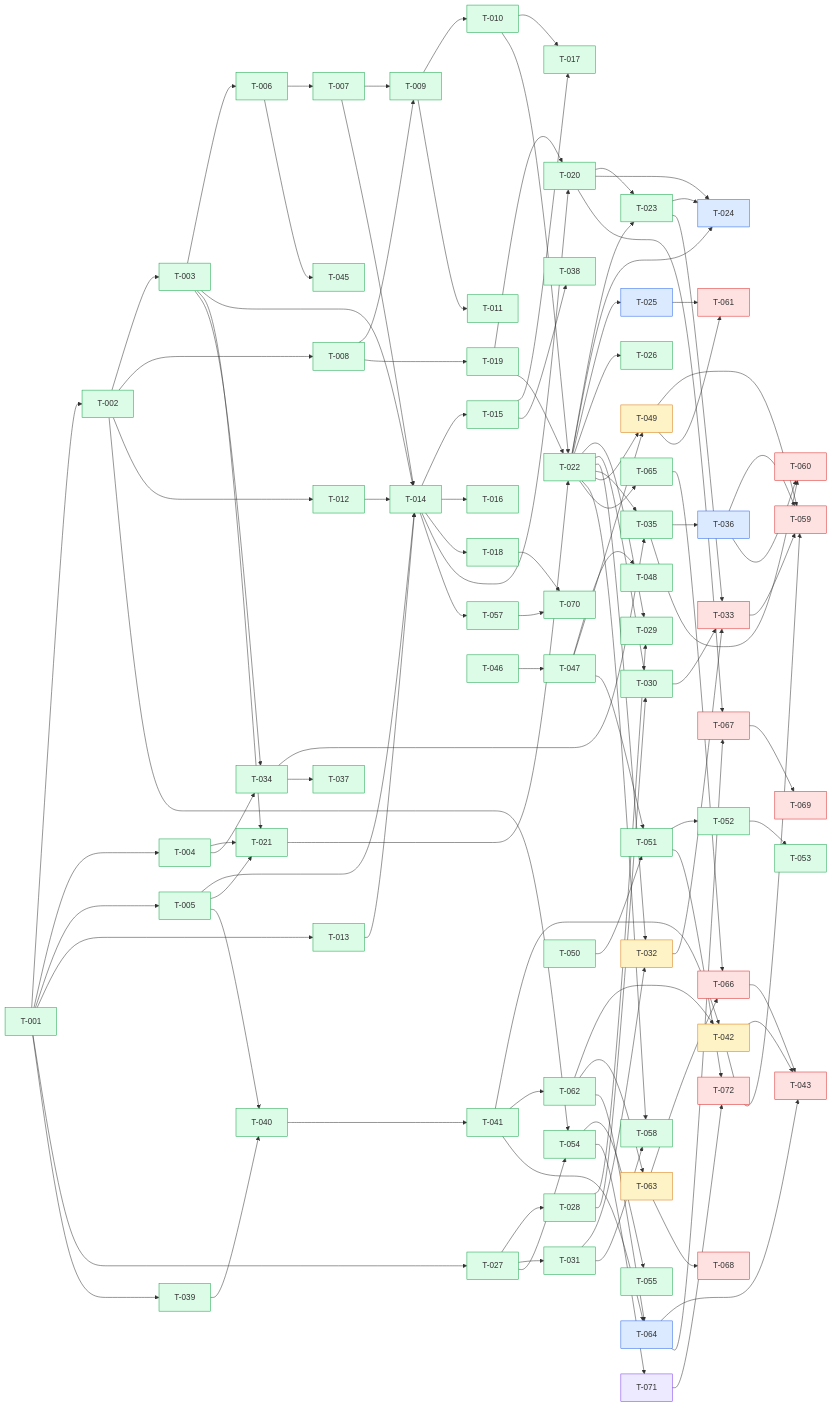
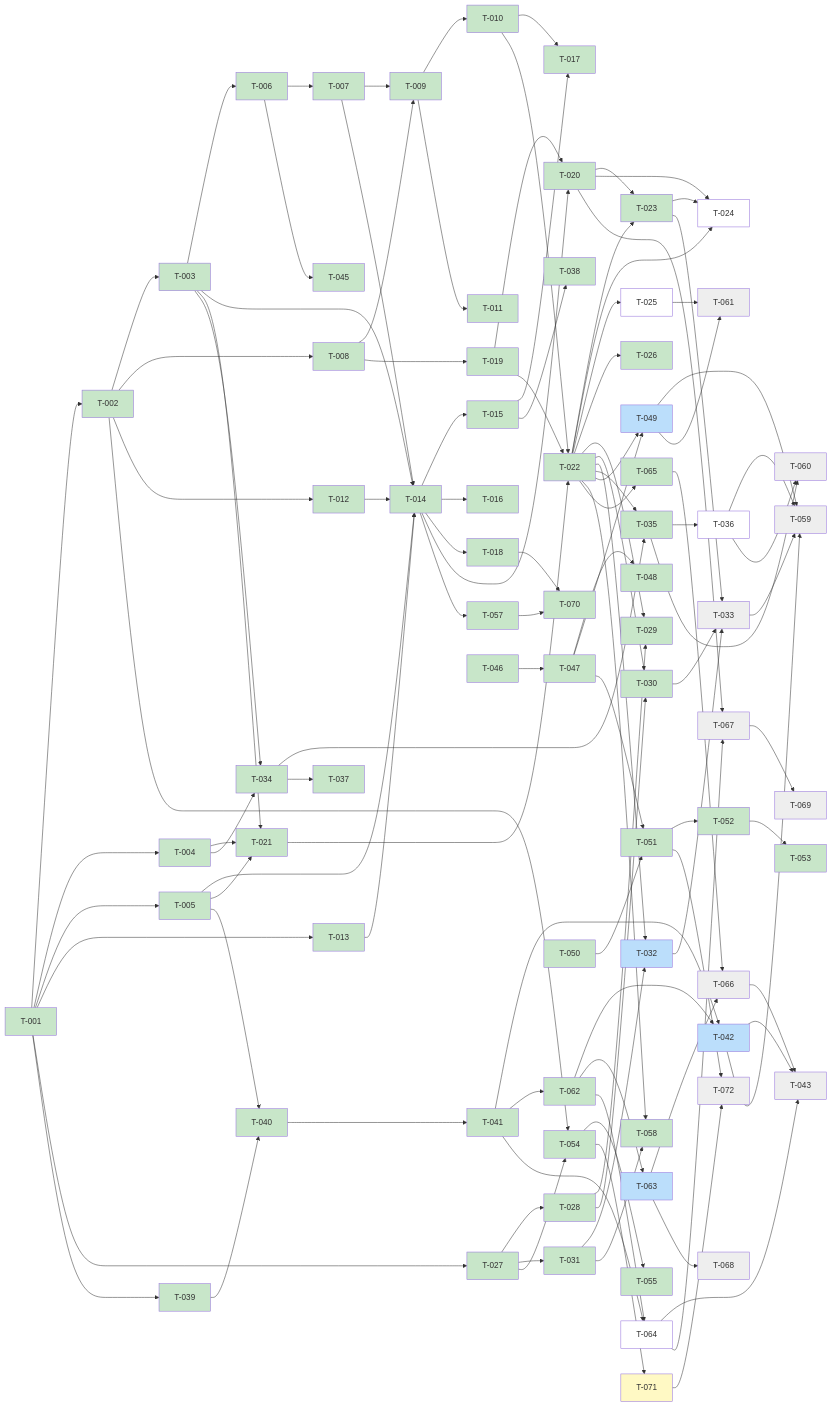
The diagram in kanban/BOARD.md (scholtz/biatec-chat), drawn with Mermaid before and after one commit. The commit also changed other lines of this file, not shown here.

Commit message:
kanban: sync board (merged tasks done, unblock dependants)

````diff
--- a/kanban/BOARD.md
+++ b/kanban/BOARD.md
@@ -214,82 +214,14 @@
   T054[T-054] --> T071[T-071]
   T051[T-051] --> T072[T-072]
   T071[T-071] --> T072[T-072]
-  classDef backlog fill:#dbeafe,stroke:#2563eb
-  classDef prog fill:#fef3c7,stroke:#d97706
-  classDef blocked fill:#fee2e2,stroke:#dc2626
-  classDef review fill:#ede9fe,stroke:#7c3aed
-  classDef done fill:#dcfce7,stroke:#16a34a
-  class T001 done
-  class T002 done
-  class T003 done
-  class T004 done
-  class T005 done
-  class T006 done
-  class T007 done
-  class T008 done
-  class T009 done
-  class T010 done
-  class T011 done
-  class T012 done
-  class T013 done
-  class T014 done
-  class T015 done
-  class T016 done
-  class T017 done
-  class T018 done
-  class T019 done
-  class T020 done
-  class T021 done
-  class T022 done
-  class T023 done
-  class T024 backlog
-  class T025 backlog
-  class T026 done
-  class T027 done
-  class T028 done
-  class T029 done
-  class T030 done
-  class T031 done
-  class T032 prog
-  class T033 blocked
-  class T034 done
-  class T035 done
-  class T036 backlog
-  class T037 done
-  class T038 done
-  class T039 done
-  class T040 done
-  class T041 done
-  class T042 prog
-  class T043 blocked
-  class T044 done
-  class T045 done
-  class T046 done
-  class T047 done
-  class T048 done
-  class T049 prog
-  class T050 done
-  class T051 done
-  class T052 done
-  class T053 done
-  class T054 done
-  class T055 done
-  class T056 done
-  class T057 done
-  class T058 done
-  class T059 blocked
-  class T060 blocked
-  class T061 blocked
-  class T062 done
-  class T063 prog
-  class T064 backlog
-  class T065 done
-  class T066 blocked
-  class T067 blocked
-  class T068 blocked
-  class T069 blocked
-  class T070 done
+  classDef done fill:#c8e6c9
+  classDef review fill:#fff9c4
+  classDef inprogress fill:#bbdefb
+  classDef backlog fill:#ffffff
+  classDef blocked fill:#eeeeee
+  class T001,T002,T003,T004,T005,T006,T007,T008,T009,T010,T011,T012,T013,T014,T015,T016,T017,T018,T019,T020,T021,T022,T023,T026,T027,T028,T029,T030,T031,T034,T035,T037,T038,T039,T040,T041,T044,T045,T046,T047,T048,T050,T051,T052,T053,T054,T055,T056,T057,T058,T062,T065,T070 done
   class T071 review
-  class T072 blocked
-
+  class T042,T032,T049,T063 inprogress
+  class T024,T036,T064,T025 backlog
+  class T033,T059,T043,T066,T068,T072,T060,T061,T067,T069 blocked
 ```
````
